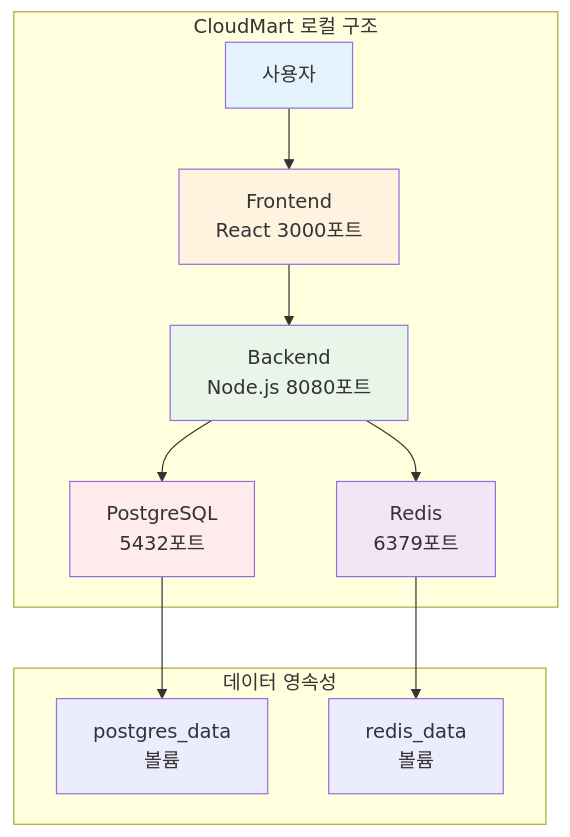
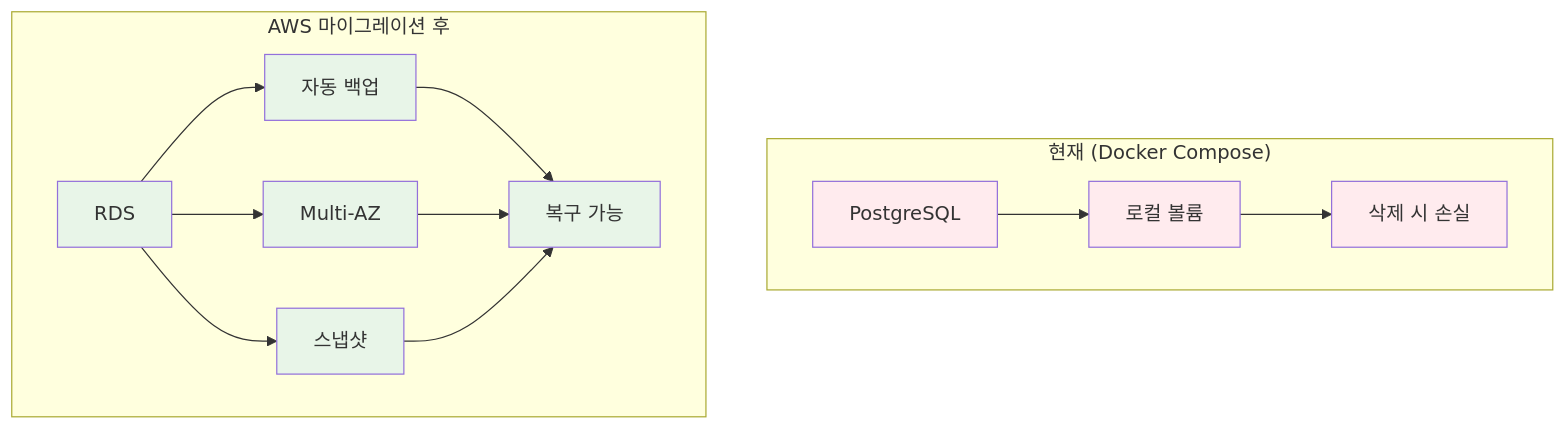
One commit to niceguy61/kdt_devops_lecture_2025 changed the seventh of 9 diagrams in theory/week_05/day5/session_1.md. Above: the diagram before and after it, drawn with Mermaid. The commit also changed other lines of this file, not shown here.

````diff
--- a/theory/week_05/day5/session_1.md
+++ b/theory/week_05/day5/session_1.md
@@ -110,20 +381,25 @@
 ```mermaid
 graph TB
-    subgraph "CloudMart 로컬 구조"
-        A[사용자] --> B[Frontend<br/>React 3000포트]
-        B --> C[Backend<br/>Node.js 8080포트]
-        C --> D[PostgreSQL<br/>5432포트]
-        C --> E[Redis<br/>6379포트]
+    subgraph "현재 (Docker Compose)"
+        A1[PostgreSQL] --> B1[로컬 볼륨]
+        B1 --> C1[삭제 시 손실]
     end
     
-    subgraph "데이터 영속성"
-        D --> F[postgres_data<br/>볼륨]
-        E --> G[redis_data<br/>볼륨]
+    subgraph "AWS 마이그레이션 후"
+        A2[RDS] --> B2[자동 백업]
+        A2 --> C2[Multi-AZ]
+        A2 --> D2[스냅샷]
+        B2 --> E2[복구 가능]
+        C2 --> E2
+        D2 --> E2
     end
     
-    style A fill:#e3f2fd
-    style B fill:#fff3e0
-    style C fill:#e8f5e8
-    style D fill:#ffebee
-    style E fill:#f3e5f5
+    style A1 fill:#ffebee
+    style B1 fill:#ffebee
+    style C1 fill:#ffebee
+    style A2 fill:#e8f5e8
+    style B2 fill:#e8f5e8
+    style C2 fill:#e8f5e8
+    style D2 fill:#e8f5e8
+    style E2 fill:#e8f5e8
 ```
````
